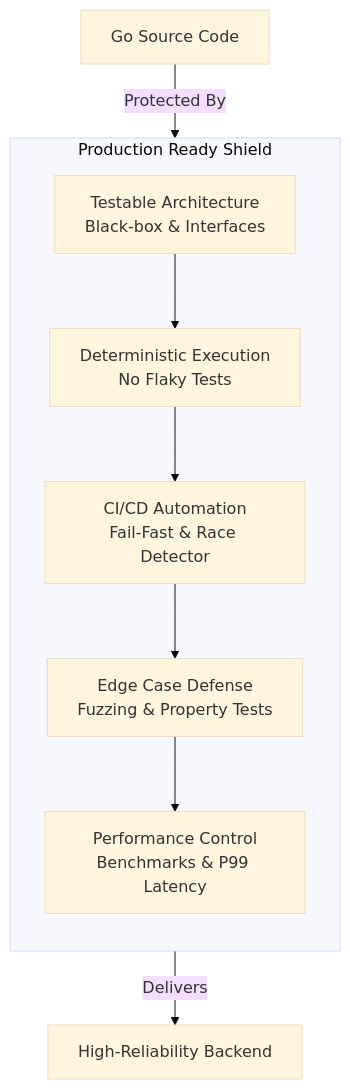
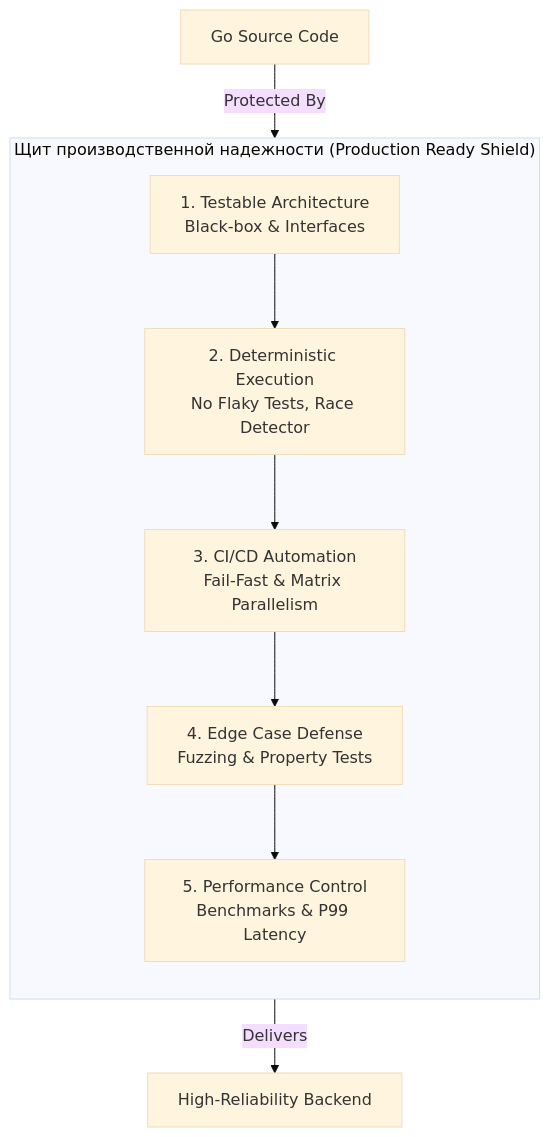
One commit to UnrealTemplier/go-textbook changed the first of 2 diagrams in sources/15. Тестирование в Go (QA & Testing)/10. Практика и CI/10. Итоги раздела. Production ready testing.md. Above: the diagram before and after it, drawn with Mermaid (base theme). The commit also changed other lines of this file, not shown here.

Commit message:
feat(module-15): editorial rewrite of lecture 10 (Итоги раздела. Production ready testing) in Subsection 10 in Kernighan style

````diff
--- a/sources/15. Тестирование в Go (QA & Testing)/10. Практика и CI/10. Итоги раздела. Production ready testing.md
+++ b/sources/15. Тестирование в Go (QA & Testing)/10. Практика и CI/10. Итоги раздела. Production ready testing.md
@@ -60,13 +12,13 @@
 ```mermaid
 flowchart TD
-    subgraph Production Ready Shield
+    subgraph Production Ready Shield ["Щит производственной надежности (Production Ready Shield)"]
         direction TB
-        A[Testable Architecture<br/>Black-box & Interfaces] --> B[Deterministic Execution<br/>No Flaky Tests]
-        B --> C[CI/CD Automation<br/>Fail-Fast & Race Detector]
-        C --> D[Edge Case Defense<br/>Fuzzing & Property Tests]
-        D --> E[Performance Control<br/>Benchmarks & P99 Latency]
+        A["1. Testable Architecture<br/>Black-box & Interfaces"] --> B["2. Deterministic Execution<br/>No Flaky Tests, Race Detector"]
+        B --> C["3. CI/CD Automation<br/>Fail-Fast & Matrix Parallelism"]
+        C --> D["4. Edge Case Defense<br/>Fuzzing & Property Tests"]
+        D --> E["5. Performance Control<br/>Benchmarks & P99 Latency"]
     end
     
-    Code[Go Source Code] -->|Protected By| A
-    E -->|Delivers| Reli[High-Reliability Backend]
+    Code["Go Source Code"] -->|Protected By| A
+    E -->|Delivers| Reli["High-Reliability Backend"]
 ```
````
